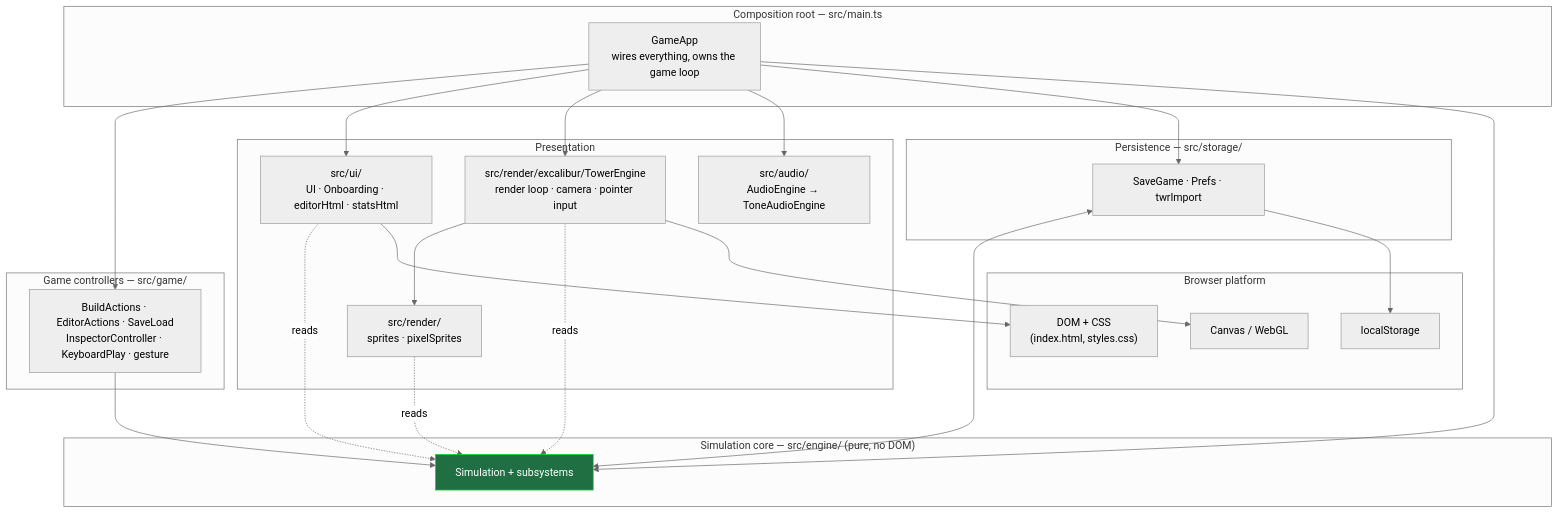
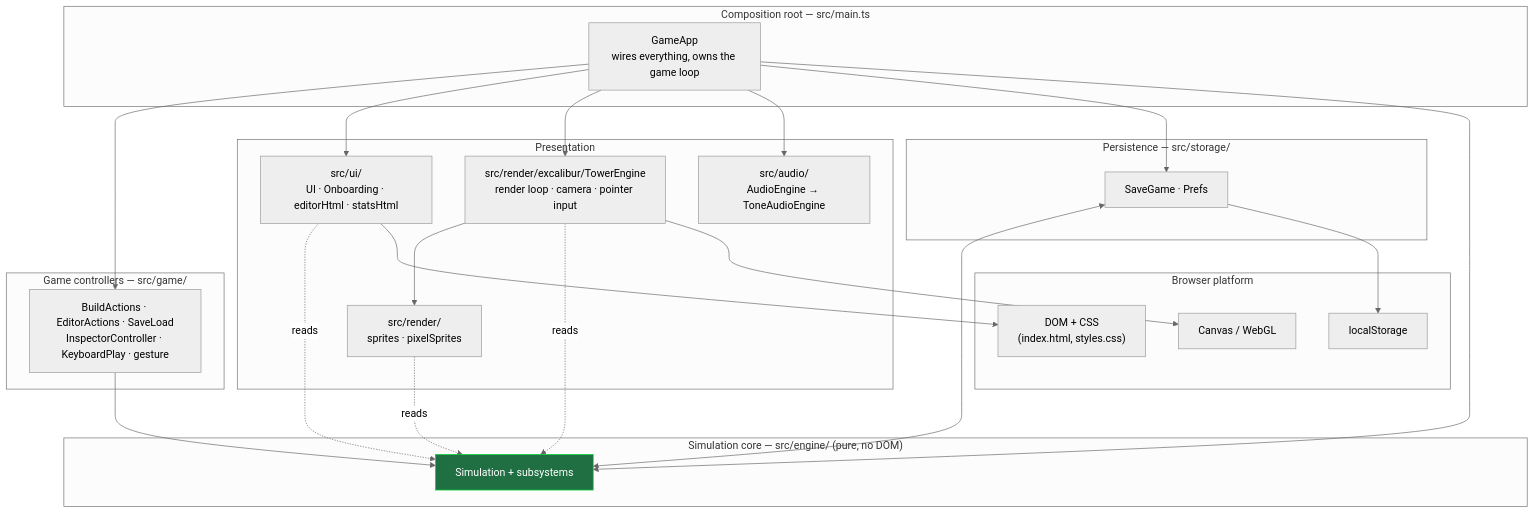
Before and after one commit to maniator/verticopolis: the first of 6 diagrams in ARCHITECTURE.md, drawn with Mermaid (neutral theme). The commit also changed other lines of this file and 14 other files, not shown here.

First line of the commit message:
feat: remove the original 1994 .TWR save-import feature

````diff
--- a/ARCHITECTURE.md
+++ b/ARCHITECTURE.md
@@ -22,52 +22,52 @@
 ```mermaid
 flowchart TD
     subgraph browser["Browser platform"]
         DOM["DOM + CSS<br/>(index.html, styles.css)"]
         Canvas["Canvas / WebGL"]
         LS["localStorage"]
     end
 
     subgraph root["Composition root — src/main.ts"]
         GameApp["GameApp<br/>wires everything, owns the game loop"]
     end
 
     subgraph controllers["Game controllers — src/game/"]
         Ctl["BuildActions · EditorActions · SaveLoad<br/>InspectorController · KeyboardPlay · gesture"]
     end
 
     subgraph view["Presentation"]
         UI["src/ui/<br/>UI · Onboarding · editorHtml · statsHtml"]
         Render["src/render/<br/>sprites · pixelSprites"]
         Engine3D["src/render/excalibur/TowerEngine<br/>render loop · camera · pointer input"]
         Audio["src/audio/<br/>AudioEngine → ToneAudioEngine"]
     end
 
     subgraph storage["Persistence — src/storage/"]
-        Save["SaveGame · Prefs · twrImport"]
+        Save["SaveGame · Prefs"]
     end
 
     subgraph engine["Simulation core — src/engine/ (pure, no DOM)"]
         Sim["Simulation + subsystems"]
     end
 
     GameApp --> Ctl
     GameApp --> UI
     GameApp --> Engine3D
     GameApp --> Audio
     GameApp --> Save
     GameApp --> Sim
 
     Ctl --> Sim
     UI -. reads .-> Sim
     Render -. reads .-> Sim
     Engine3D --> Render
     Engine3D -. reads .-> Sim
     Save <--> Sim
 
     Engine3D --> Canvas
     UI --> DOM
     Save --> LS
 
     classDef core fill:#1f6f43,stroke:#0d3,color:#fff;
     class Sim core
 ```
````
